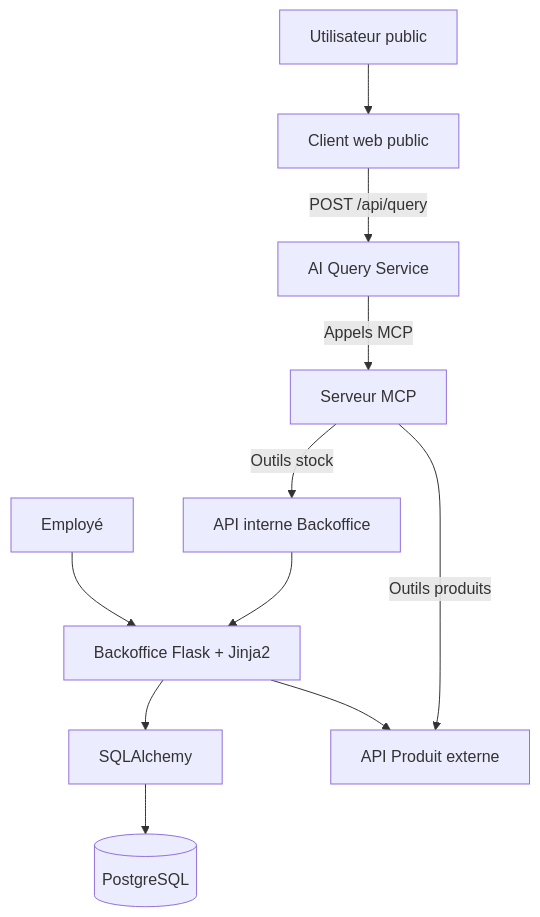
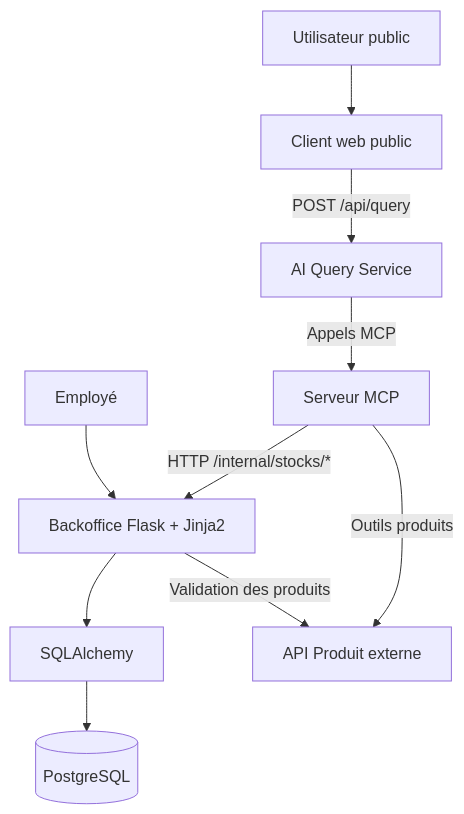
The first of 2 diagrams in docs/architecture.md (John-Natty/holbertonschool-hbntory), drawn with Mermaid before and after one commit. The commit also changed other lines of this file and 18 other files, not shown here.

Commit message:
feat: update environment configuration and add new services to docker-compose chore: add .gitkeep files for new directories in ai_service and backoffice docs: enhance architecture and MVP documentation with new features and CSRF protection

````diff
--- a/docs/architecture.md
+++ b/docs/architecture.md
@@ -293,19 +293,27 @@
 ```mermaid
 flowchart TB
-    Employee[Employé] --> Backoffice[Backoffice Flask + Jinja2]
+    PublicUser[Utilisateur public]
+    Client[Client web public]
+    AIService[AI Query Service]
+    MCP[Serveur MCP]
 
-    Backoffice --> ORM[SQLAlchemy]
-    ORM --> Database[(PostgreSQL)]
+    Employee[Employé]
+    Backoffice[Backoffice Flask + Jinja2]
+    ORM[SQLAlchemy]
+    Database[(PostgreSQL)]
 
-    Backoffice --> ProductAPI[API Produit externe]
+    ProductAPI[API Produit externe]
 
-    PublicUser[Utilisateur public] --> Client[Client web public]
-    Client -->|POST /api/query| AIService[AI Query Service]
-
-    AIService -->|Appels MCP| MCP[Serveur MCP]
+    PublicUser --> Client
+    Client -->|POST /api/query| AIService
+    AIService -->|Appels MCP| MCP
 
     MCP -->|Outils produits| ProductAPI
-    MCP -->|Outils stock| InternalAPI[API interne Backoffice]
+    MCP -->|HTTP /internal/stocks/*| Backoffice
 
-    InternalAPI --> Backoffice
+    Employee --> Backoffice
+    Backoffice --> ORM
+    ORM --> Database
+
+    Backoffice -->|Validation des produits| ProductAPI
 ```
````
